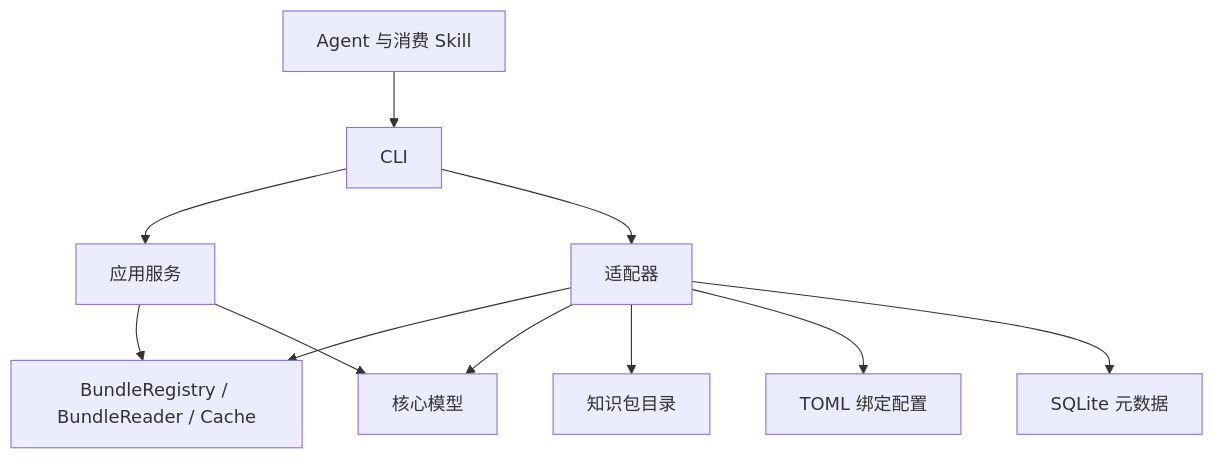
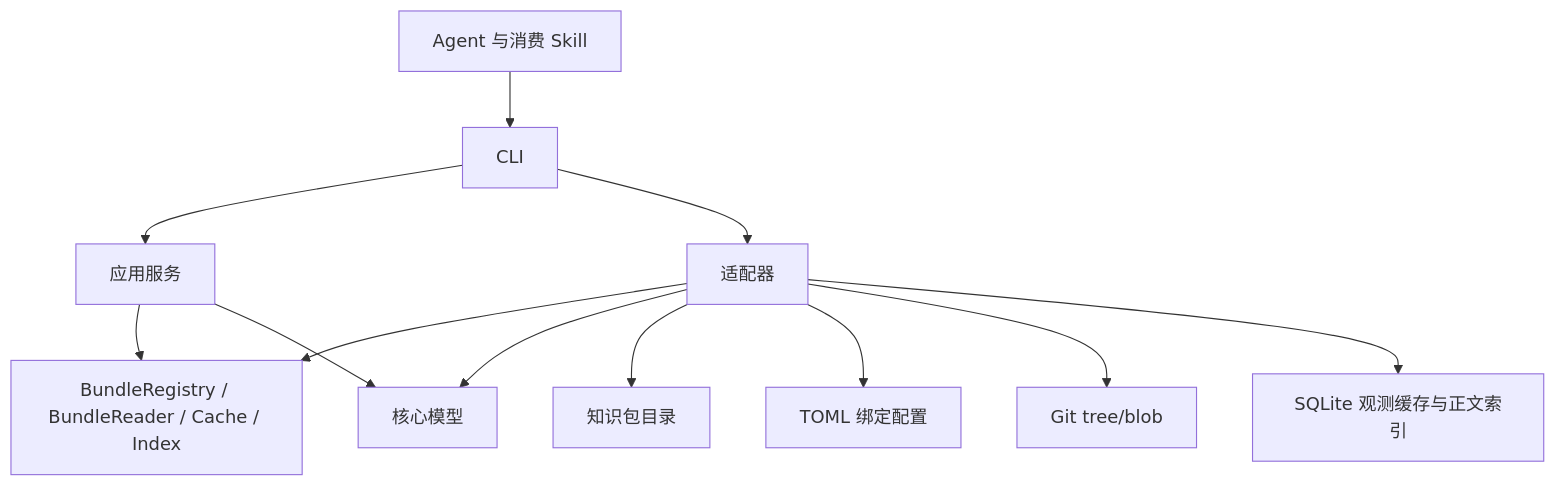
The diagram in docs/architecture.md (coolplayagent/okf-cli), drawn with Mermaid before and after one commit. The commit also changed other lines of this file and 104 other files, not shown here.

````diff
--- a/docs/architecture.md
+++ b/docs/architecture.md
@@ -38,13 +38,14 @@
 ```mermaid
 flowchart TD
     Agent[Agent 与消费 Skill] --> CLI[CLI]
     CLI --> App[应用服务]
     CLI --> Adapters[适配器]
-    Adapters --> Ports[BundleRegistry / BundleReader / Cache]
+    Adapters --> Ports[BundleRegistry / BundleReader / Cache / Index]
     App --> Ports
     App --> Core[核心模型]
     Adapters --> Core
     Adapters --> FS[知识包目录]
     Adapters --> Config[TOML 绑定配置]
-    Adapters --> DB[SQLite 元数据]
+    Adapters --> Git[Git tree/blob]
+    Adapters --> DB[SQLite 观测缓存与正文索引]
 ```
````
